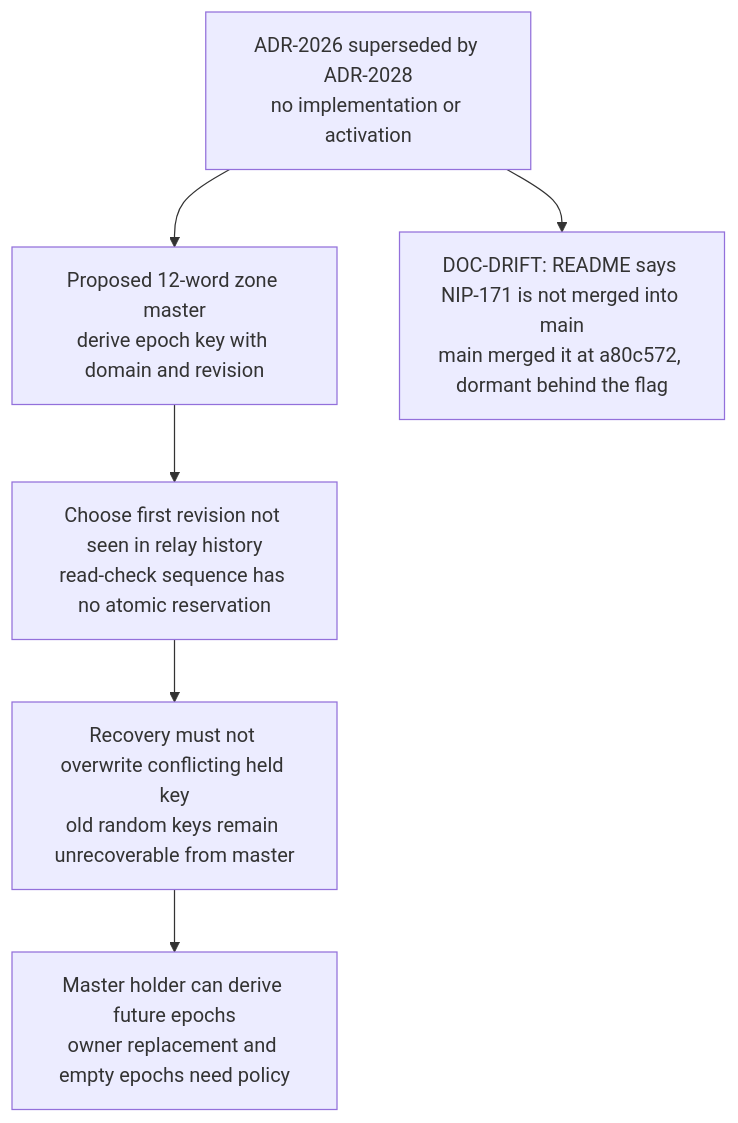
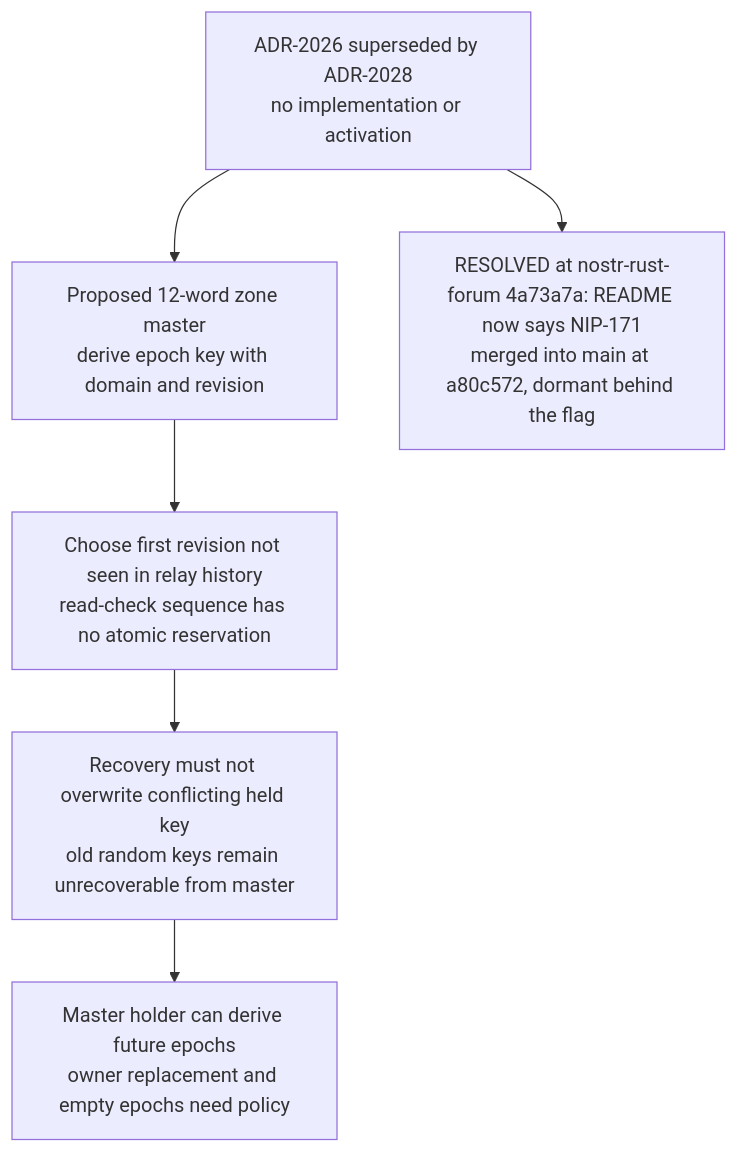
One commit to DreamLab-AI/VisionFlow changed the fifth of 6 diagrams in docs/diagrams/nostr-rust-forum/27-zone-key-distribution-and-recovery.md. Above: the diagram before and after it, drawn with Mermaid. The commit also changed other lines of this file and 10 other files, not shown here.

First line of the commit message:
diagrams(nostr-rust-forum): re-verify NF-13/14/17/18/20/21/22/24/26/27/28 at kit 4a73a7a

````diff
--- a/docs/diagrams/nostr-rust-forum/27-zone-key-distribution-and-recovery.md
+++ b/docs/diagrams/nostr-rust-forum/27-zone-key-distribution-and-recovery.md
@@ -128,17 +128,17 @@
 ```mermaid
 flowchart TB
     %% Source: ../nostr-rust-forum/docs/adr/ADR-2026-zone-key-recovery-master.md:6
     S["ADR-2026 superseded by ADR-2028<br/>no implementation or activation"]
     %% Source: ../nostr-rust-forum/docs/adr/ADR-2026-zone-key-recovery-master.md:35
     M["Proposed 12-word zone master<br/>derive epoch key with domain and revision"]
     %% Source: ../nostr-rust-forum/docs/adr/ADR-2026-zone-key-recovery-master.md:42
     C["Choose first revision not seen in relay history<br/>read-check sequence has no atomic reservation"]
     %% Source: ../nostr-rust-forum/docs/adr/ADR-2026-zone-key-recovery-master.md:47
     K["Recovery must not overwrite conflicting held key<br/>old random keys remain unrecoverable from master"]
     %% Source: ../nostr-rust-forum/docs/adr/ADR-2026-zone-key-recovery-master.md:55
     F["Master holder can derive future epochs<br/>owner replacement and empty epochs need policy"]
     %% Source: ../nostr-rust-forum/README.md:124
-    B["DOC-DRIFT: README says NIP-171 is not merged into main<br/>main merged it at a80c572, dormant behind the flag"]
+    B["RESOLVED at nostr-rust-forum 4a73a7a: README now says NIP-171<br/>merged into main at a80c572, dormant behind the flag"]
     S --> M --> C --> K --> F
     S --> B
 ```
````
